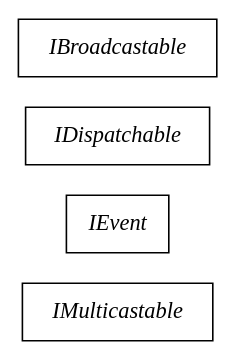
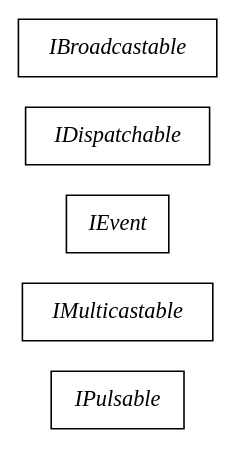
Before and after one commit to sekati/sasapi: the diagram in docs/com/sekati/events/interfaces.dot, drawn with Graphviz. The commit also changed 92 other files, not shown here.

```diff
--- a/docs/com/sekati/events/interfaces.dot
+++ b/docs/com/sekati/events/interfaces.dot
@@ -1,31 +1,38 @@
 strict digraph interface_diagram {
   rankdir=LR;
+  IPulsable[
+    label="IPulsable",
+    URL="IPulsable.html",
+    tooltip="com.sekati.events.IPulsable",
+    fontname="Times-Italic",
+    shape="record"
+  ];
   IMulticastable[
     label="IMulticastable",
     URL="IMulticastable.html",
     tooltip="com.sekati.events.IMulticastable",
     fontname="Times-Italic",
     shape="record"
   ];
   IEvent[
     label="IEvent",
     URL="IEvent.html",
     tooltip="com.sekati.events.IEvent",
     fontname="Times-Italic",
     shape="record"
   ];
   IDispatchable[
     label="IDispatchable",
     URL="IDispatchable.html",
     tooltip="com.sekati.events.IDispatchable",
     fontname="Times-Italic",
     shape="record"
   ];
   IBroadcastable[
     label="IBroadcastable",
     URL="IBroadcastable.html",
     tooltip="com.sekati.events.IBroadcastable",
     fontname="Times-Italic",
     shape="record"
   ];
 }
```
